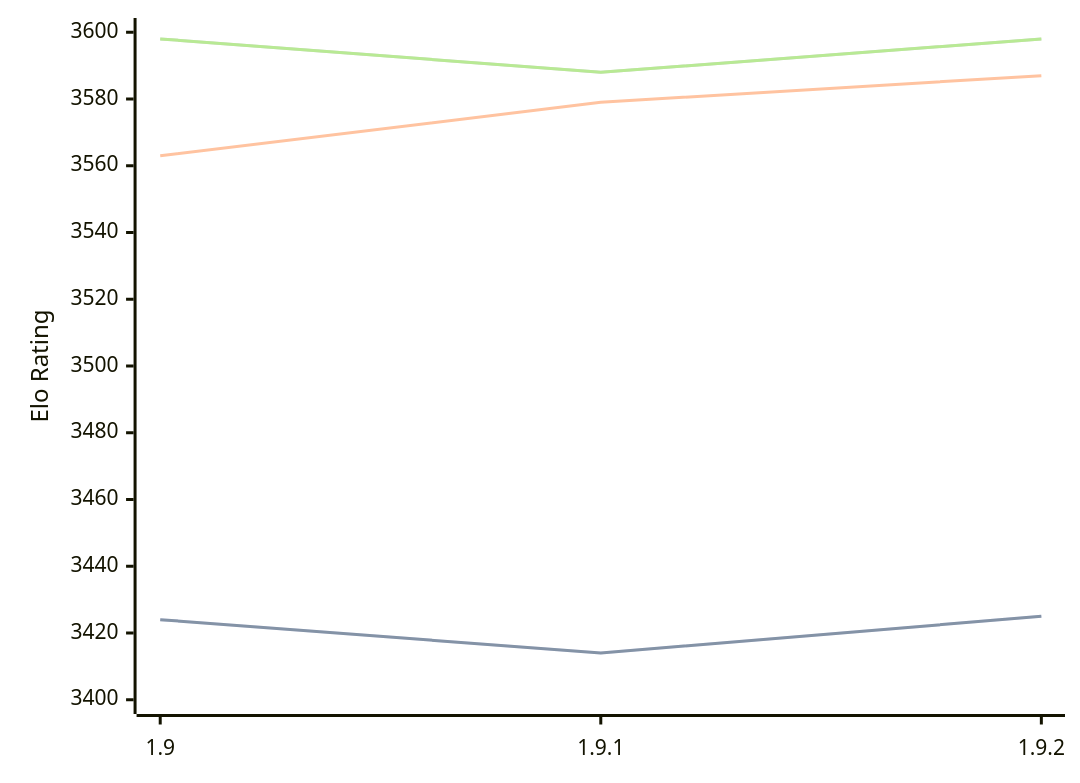
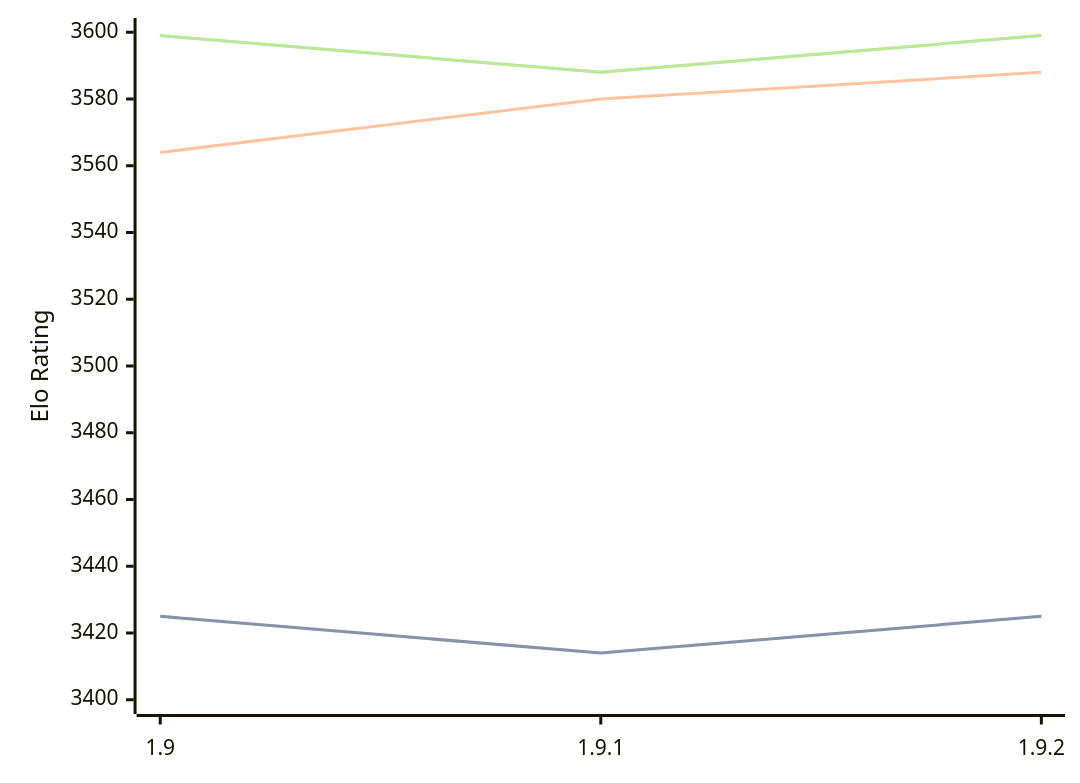
The diagram in engines/Pawnocchio.md (computer-chess-index/cci), drawn with Mermaid before and after one commit. The commit also changed other lines of this file, not shown here.

Commit message:
Update CCI Ratings (ELO VLTC) - 2026-05-16

````diff
--- a/engines/Pawnocchio.md
+++ b/engines/Pawnocchio.md
@@ -48,11 +48,11 @@
 ```mermaid
 %%{init: {"theme":"base","themeVariables":{"seriesColors:['#a3a3a3','#222221','#faa371']}}}%%
 xychart-beta
   x-axis ["1.9", "1.9.1", "1.9.2"]
   y-axis "Elo Rating" 3400 --> 3600
-  line "STC (8.0+0.08s)" [3424, 3414, 3425]
-  line "STC (8.0+0.08s)" [3424, 3414, 3425]
-  line "LTC (60.0+0.60s)" [3563, 3579, 3587]
-  line "VLTC (2m24s+1.12s)" [3598, 3588, 3598]
-  line "VLTC (2m24s+1.12s)" [3598, 3588, 3598]
+  line "STC (8.0+0.08s)" [3425, 3414, 3425]
+  line "STC (8.0+0.08s)" [3425, 3414, 3425]
+  line "LTC (60.0+0.60s)" [3564, 3580, 3588]
+  line "VLTC (2m24s+1.12s)" [3599, 3588, 3599]
+  line "VLTC (2m24s+1.12s)" [3599, 3588, 3599]
 ```
````
